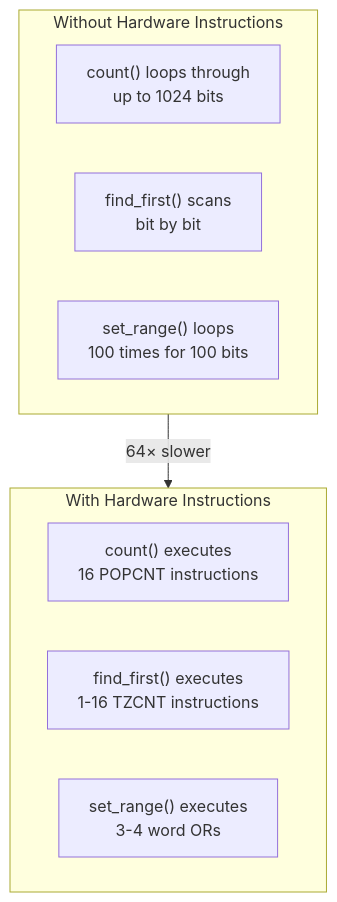
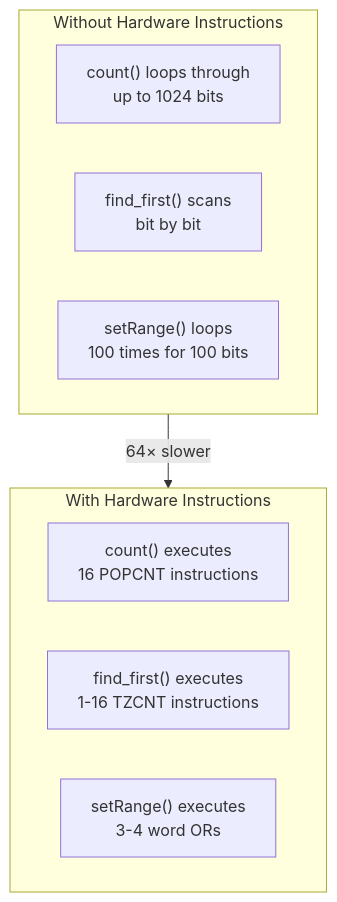
One commit to schroedermatthew/FatP changed the second of 2 diagrams in components/BitSet/docs/Overview - BitSet.md. Above: the diagram before and after it, drawn with Mermaid. The commit also changed other lines of this file and 103 other files, not shown here.

````diff
--- a/components/BitSet/docs/Overview - BitSet.md
+++ b/components/BitSet/docs/Overview - BitSet.md
@@ -129,16 +129,16 @@
 ```mermaid
 flowchart TB
     subgraph Software["Without Hardware Instructions"]
         S1["count() loops through<br/>up to 1024 bits"]
         S2["find_first() scans<br/>bit by bit"]
-        S3["set_range() loops<br/>100 times for 100 bits"]
+        S3["setRange() loops<br/>100 times for 100 bits"]
     end
     
     subgraph Hardware["With Hardware Instructions"]
         H1["count() executes<br/>16 POPCNT instructions"]
         H2["find_first() executes<br/>1-16 TZCNT instructions"]
-        H3["set_range() executes<br/>3-4 word ORs"]
+        H3["setRange() executes<br/>3-4 word ORs"]
     end
     
     Software --> |"64× slower"| Hardware
 ```
````
